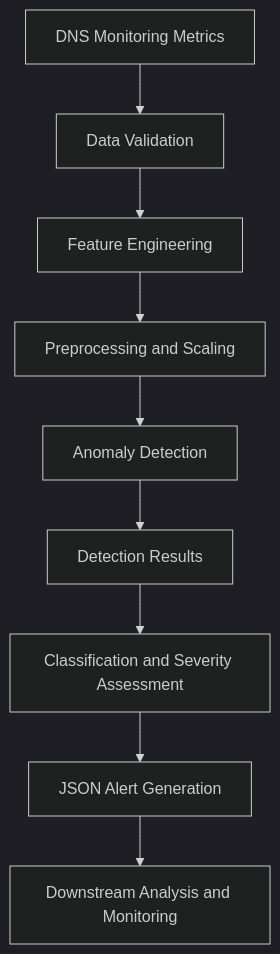
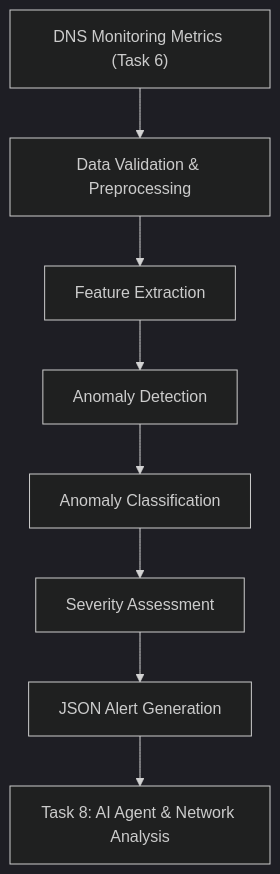
The diagram in README.md (yasmineBouziri/DNS-project), drawn with Mermaid (dark theme) before and after one commit. The commit also changed other lines of this file and 18 other files, not shown here.

````diff
--- a/README.md
+++ b/README.md
@@ -44,11 +47,10 @@
 ```mermaid
 flowchart TD
-    A["DNS Monitoring Metrics"] --> B["Data Validation"]
-    B --> C["Feature Engineering"]
-    C --> D["Preprocessing and Scaling"]
-    D --> E["Anomaly Detection"]
-    E --> F["Detection Results"]
-    F --> G["Classification and Severity Assessment"]
-    G --> H["JSON Alert Generation"]
-    H --> I["Downstream Analysis and Monitoring"]
+    A["DNS Monitoring Metrics (Task 6)"] --> B["Data Validation & Preprocessing"]
+    B --> C["Feature Extraction"]
+    C --> D["Anomaly Detection"]
+    D --> E["Anomaly Classification"]
+    E --> F["Severity Assessment"]
+    F --> G["JSON Alert Generation"]
+    G --> H["Task 8: AI Agent & Network Analysis"]
 ```
````
